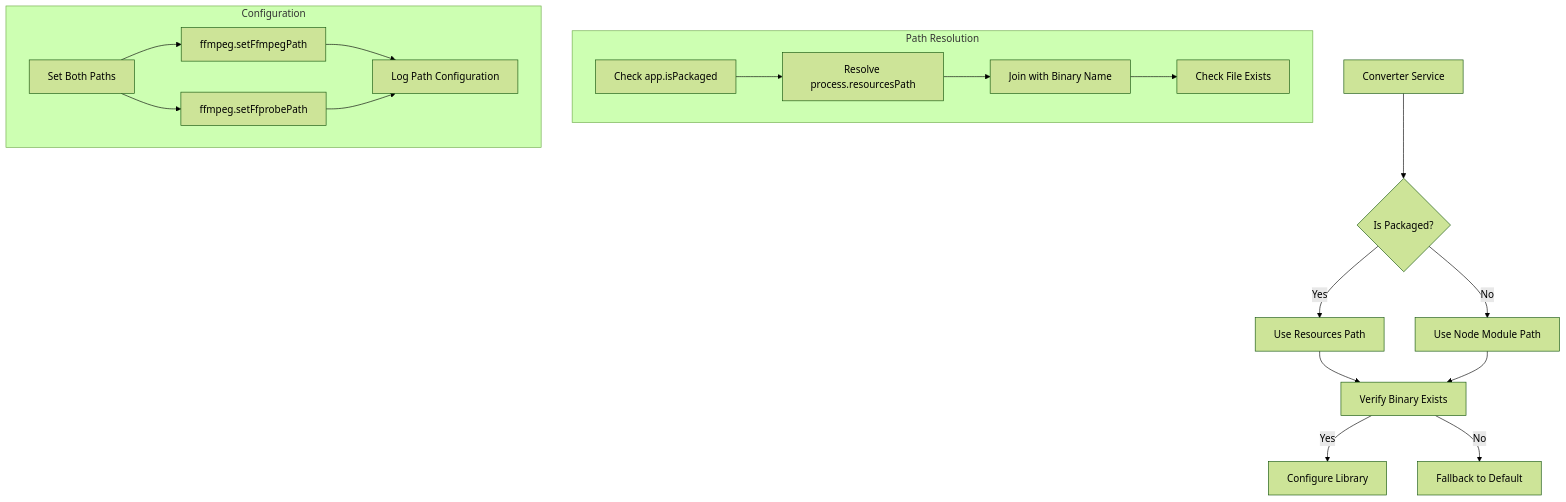
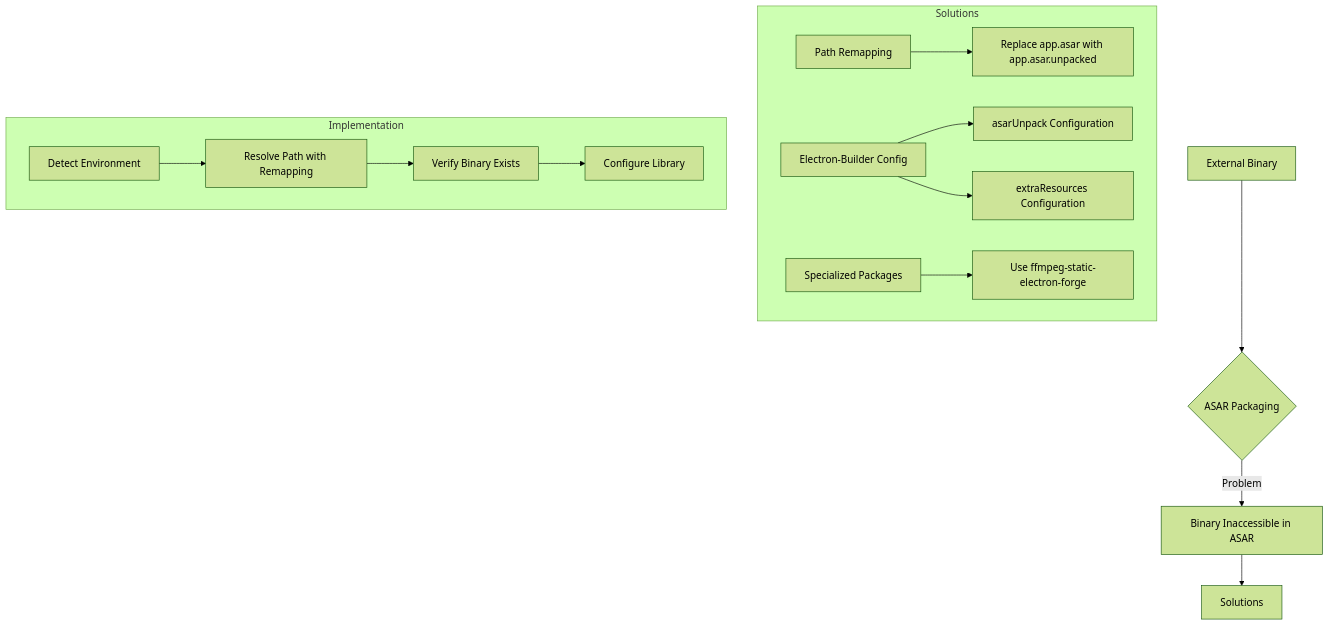
Before and after one commit to Synaptic-Labs-AI/codex-md: diagram 12 of 15 in cline_docs/systemPatterns.md, drawn with Mermaid (forest theme). The commit also changed other lines of this file and 15 other files, not shown here.

````diff
--- a/cline_docs/systemPatterns.md
+++ b/cline_docs/systemPatterns.md
@@ -543,25 +637,19 @@
 ```mermaid
 flowchart TD
-    A[Converter Service] --> B{Is Packaged?}
-    B -->|Yes| C[Use Resources Path]
-    B -->|No| D[Use Node Module Path]
+    A[External Binary] --> B{ASAR Packaging}
+    B -->|Problem| C[Binary Inaccessible in ASAR]
+    C --> D[Solutions]
     
-    C --> E[Verify Binary Exists]
-    D --> E
-    
-    E -->|Yes| F[Configure Library]
-    E -->|No| G[Fallback to Default]
-    
-    subgraph Path Resolution
-        H[Check app.isPackaged] --> I[Resolve process.resourcesPath]
-        I --> J[Join with Binary Name]
-        J --> K[Check File Exists]
+    subgraph Solutions
+        E[Path Remapping] --> F[Replace app.asar with app.asar.unpacked]
+        G[Electron-Builder Config] --> H[asarUnpack Configuration]
+        G --> I[extraResources Configuration]
+        J[Specialized Packages] --> K[Use ffmpeg-static-electron-forge]
     end
     
-    subgraph Configuration
-        L[Set Both Paths] --> M[ffmpeg.setFfmpegPath]
-        L --> N[ffmpeg.setFfprobePath]
-        M --> O[Log Path Configuration]
-        N --> O
+    subgraph Implementation
+        L[Detect Environment] --> M[Resolve Path with Remapping]
+        M --> N[Verify Binary Exists]
+        N --> O[Configure Library]
     end
 ```
````
